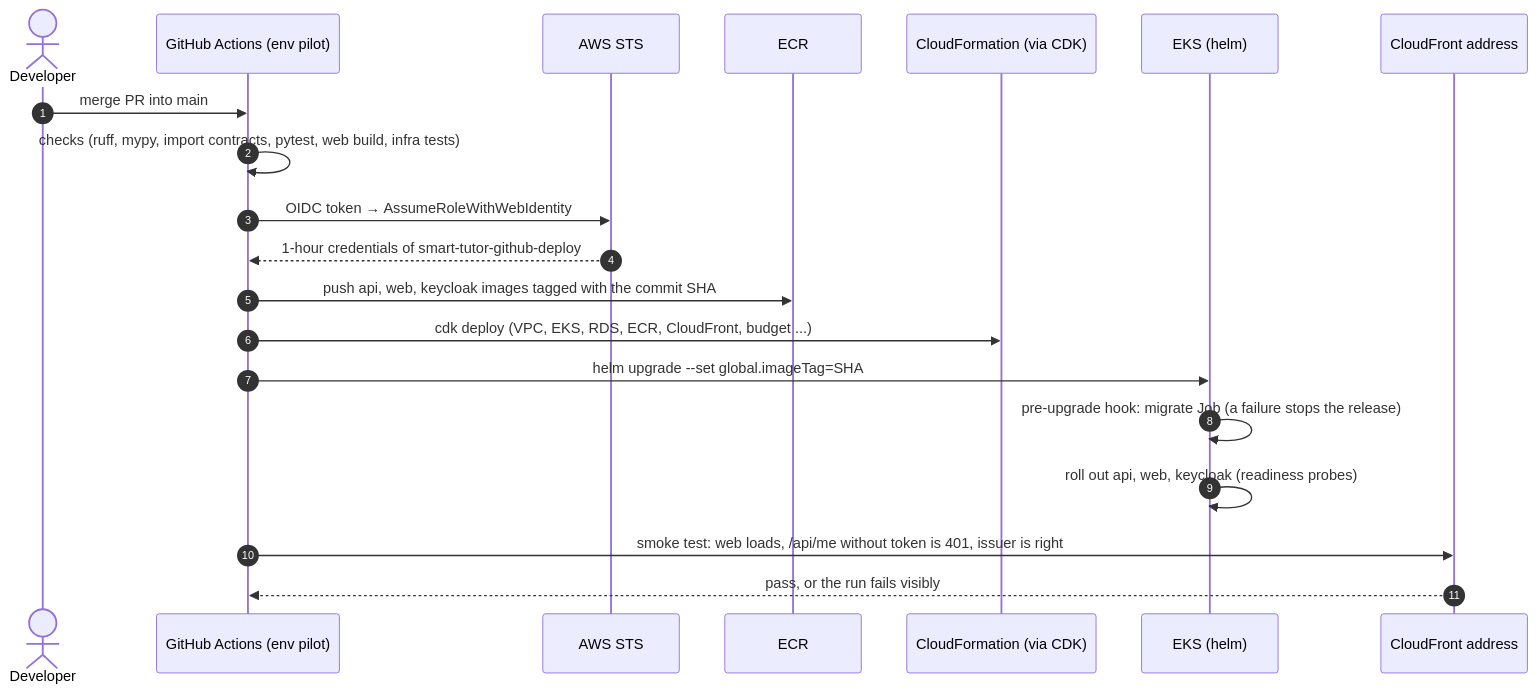
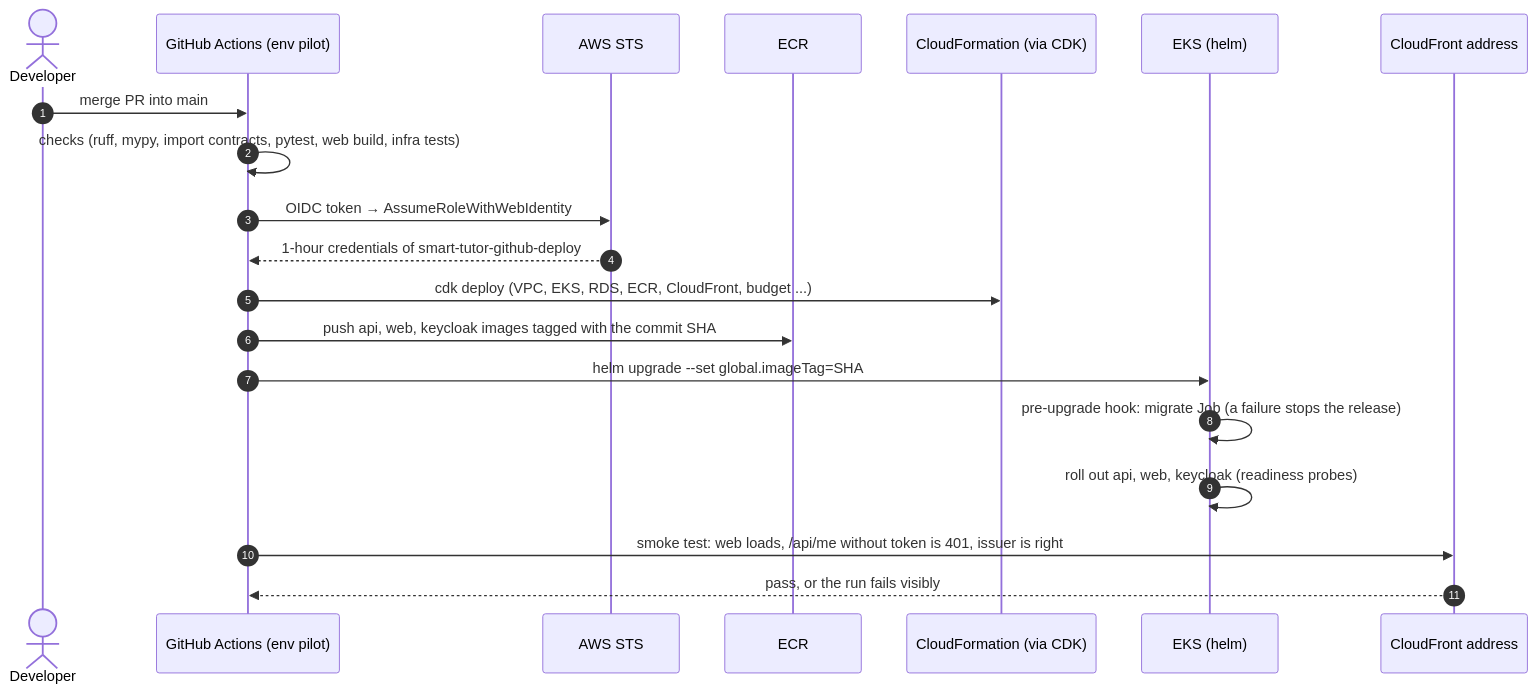
The fifth of 5 diagrams in docs/runbooks/pilot-environment-overview.md (konica/agent-tutor), drawn with Mermaid before and after one commit. The commit also changed other lines of this file and 5 other files, not shown here.

````diff
--- a/docs/runbooks/pilot-environment-overview.md
+++ b/docs/runbooks/pilot-environment-overview.md
@@ -146,23 +146,23 @@
 ```mermaid
 sequenceDiagram
   autonumber
   actor D as Developer
   participant GH as GitHub Actions (env pilot)
   participant STS as AWS STS
   participant ECR as ECR
   participant CFN as CloudFormation (via CDK)
   participant EKS as EKS (helm)
   participant CF as CloudFront address
 
   D->>GH: merge PR into main
   GH->>GH: checks (ruff, mypy, import contracts, pytest, web build, infra tests)
   GH->>STS: OIDC token → AssumeRoleWithWebIdentity
   STS-->>GH: 1-hour credentials of smart-tutor-github-deploy
+  GH->>CFN: cdk deploy (VPC, EKS, RDS, ECR, CloudFront, budget ...)
   GH->>ECR: push api, web, keycloak images tagged with the commit SHA
-  GH->>CFN: cdk deploy (VPC, EKS, RDS, ECR, CloudFront, budget ...)
   GH->>EKS: helm upgrade --set global.imageTag=SHA
   EKS->>EKS: pre-upgrade hook: migrate Job (a failure stops the release)
   EKS->>EKS: roll out api, web, keycloak (readiness probes)
   GH->>CF: smoke test: web loads, /api/me without token is 401, issuer is right
   CF-->>GH: pass, or the run fails visibly
 ```
````
